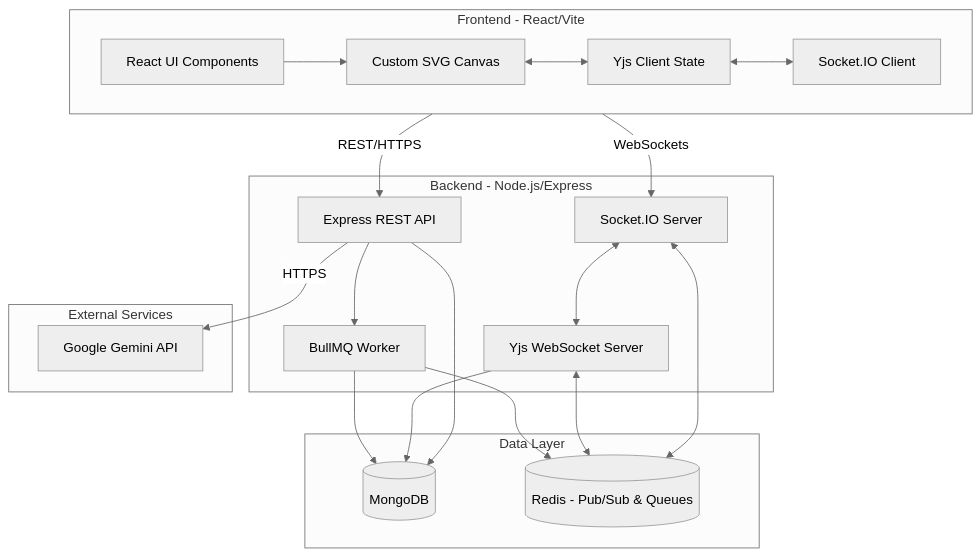
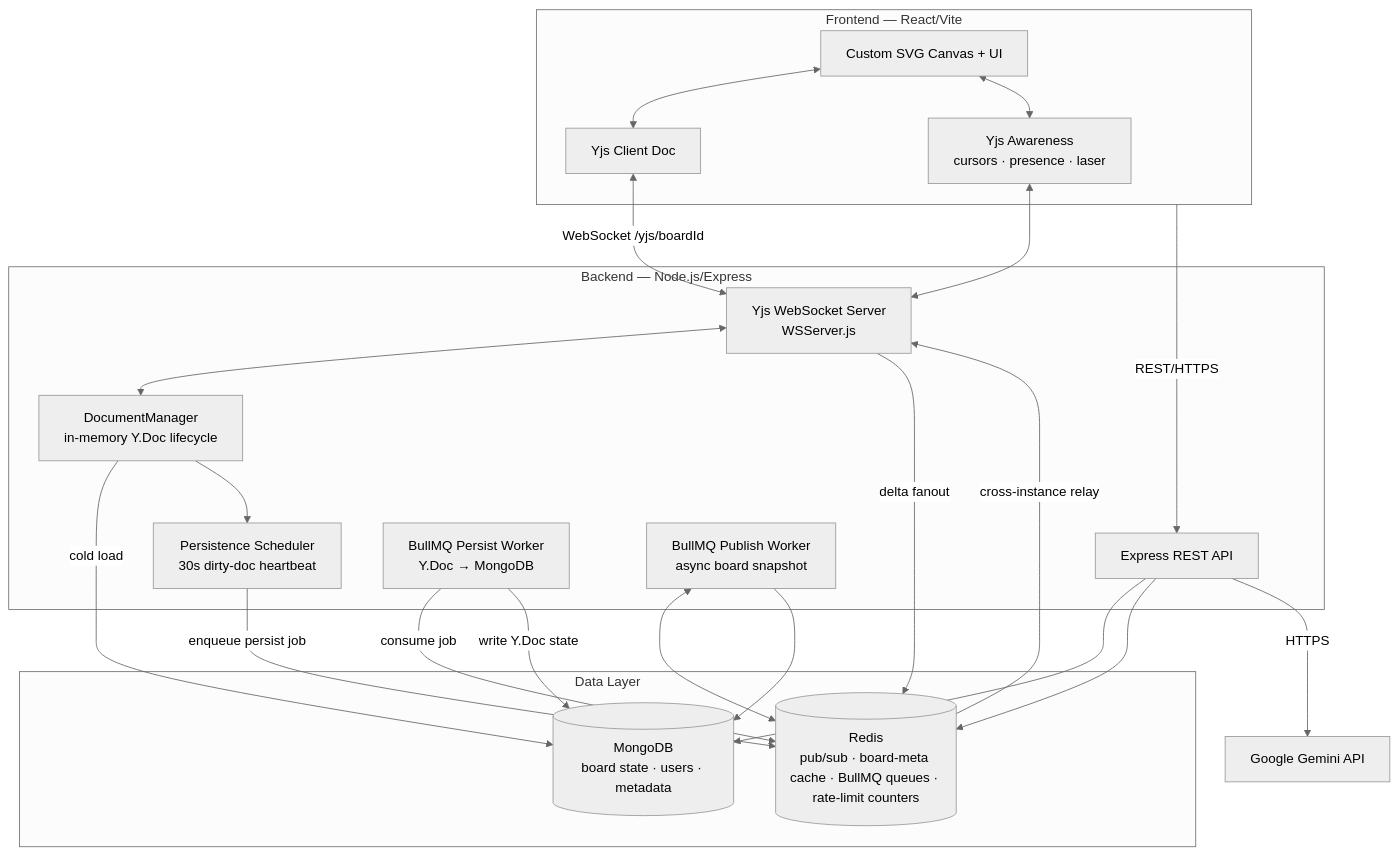
Before and after one commit to Arghadeep78/collaborative-realtime-workspace: the diagram in architecture.md, drawn with Mermaid (neutral theme). The commit also changed other lines of this file and 11 other files, not shown here.

Commit message:
feat: enhance backend README with detailed architecture and features

````diff
--- a/architecture.md
+++ b/architecture.md
@@ -38,45 +48,43 @@
 ```mermaid
 graph TD
-    subgraph Client [Frontend - React/Vite]
-        UI[React UI Components]
-        Canvas[Custom SVG Canvas]
-        YjsClient[Yjs Client State]
-        SocketIO_Client[Socket.IO Client]
-        
-        UI --> Canvas
-        Canvas <--> YjsClient
-        YjsClient <--> SocketIO_Client
+    subgraph Client [Frontend — React/Vite]
+        UI[Custom SVG Canvas + UI]
+        YjsClient[Yjs Client Doc]
+        Awareness[Yjs Awareness<br/>cursors · presence · laser]
+        UI <--> YjsClient
+        UI <--> Awareness
     end
 
-    subgraph Server [Backend - Node.js/Express]
+    subgraph Server [Backend — Node.js/Express]
         API[Express REST API]
-        SocketIO_Server[Socket.IO Server]
-        YjsServer[Yjs WebSocket Server]
-        BullMQ[BullMQ Worker]
-        
-        SocketIO_Server <--> YjsServer
+        WSS[Yjs WebSocket Server<br/>WSServer.js]
+        DocMgr[DocumentManager<br/>in-memory Y.Doc lifecycle]
+        Scheduler[Persistence Scheduler<br/>30s dirty-doc heartbeat]
+        PersistWorker[BullMQ Persist Worker<br/>Y.Doc → MongoDB]
+        PublishWorker[BullMQ Publish Worker<br/>async board snapshot]
     end
 
-    subgraph Data Layer
-        MongoDB[(MongoDB)]
-        Redis[(Redis - Pub/Sub & Queues)]
+    subgraph Data [Data Layer]
+        MongoDB[(MongoDB<br/>board state · users · metadata)]
+        Redis[(Redis<br/>pub/sub · board-meta cache · BullMQ queues · rate-limit counters)]
     end
 
-    subgraph External Services
-        Gemini[Google Gemini API]
-    end
+    Gemini[Google Gemini API]
 
     Client -- REST/HTTPS --> API
-    Client -- WebSockets --> SocketIO_Server
-
+    YjsClient <-- WebSocket /yjs/boardId --> WSS
+    Awareness <--> WSS
+    WSS <--> DocMgr
+    DocMgr -- cold load --> MongoDB
+    DocMgr --> Scheduler
+    Scheduler -- enqueue persist job --> Redis
+    PersistWorker -- consume job --> Redis
+    PersistWorker -- write Y.Doc state --> MongoDB
+    WSS -- delta fanout --> Redis
+    Redis -- cross-instance relay --> WSS
     API --> MongoDB
-    YjsServer --> MongoDB
-    
-    SocketIO_Server <--> Redis
-    YjsServer <--> Redis
-    API --> BullMQ
-    BullMQ --> Redis
-    BullMQ --> MongoDB
-    
+    API --> Redis
+    PublishWorker <--> Redis
+    PublishWorker --> MongoDB
     API -- HTTPS --> Gemini
 ```
````
